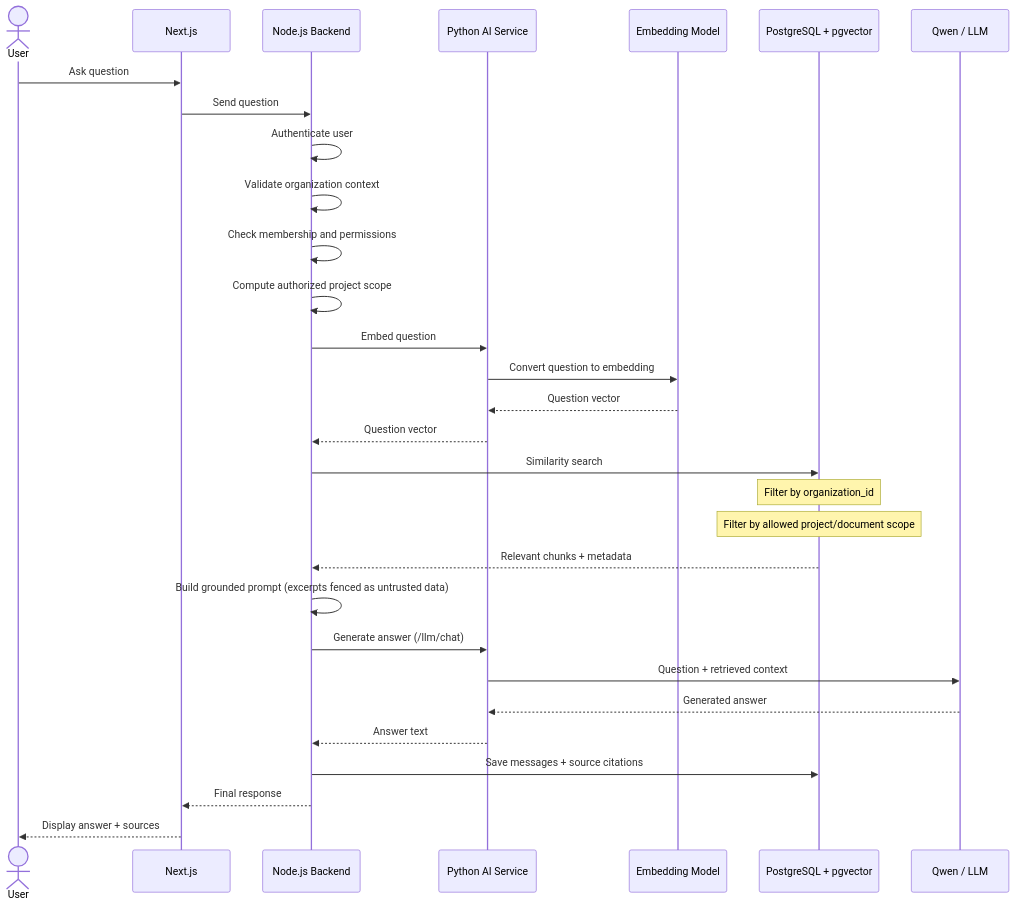
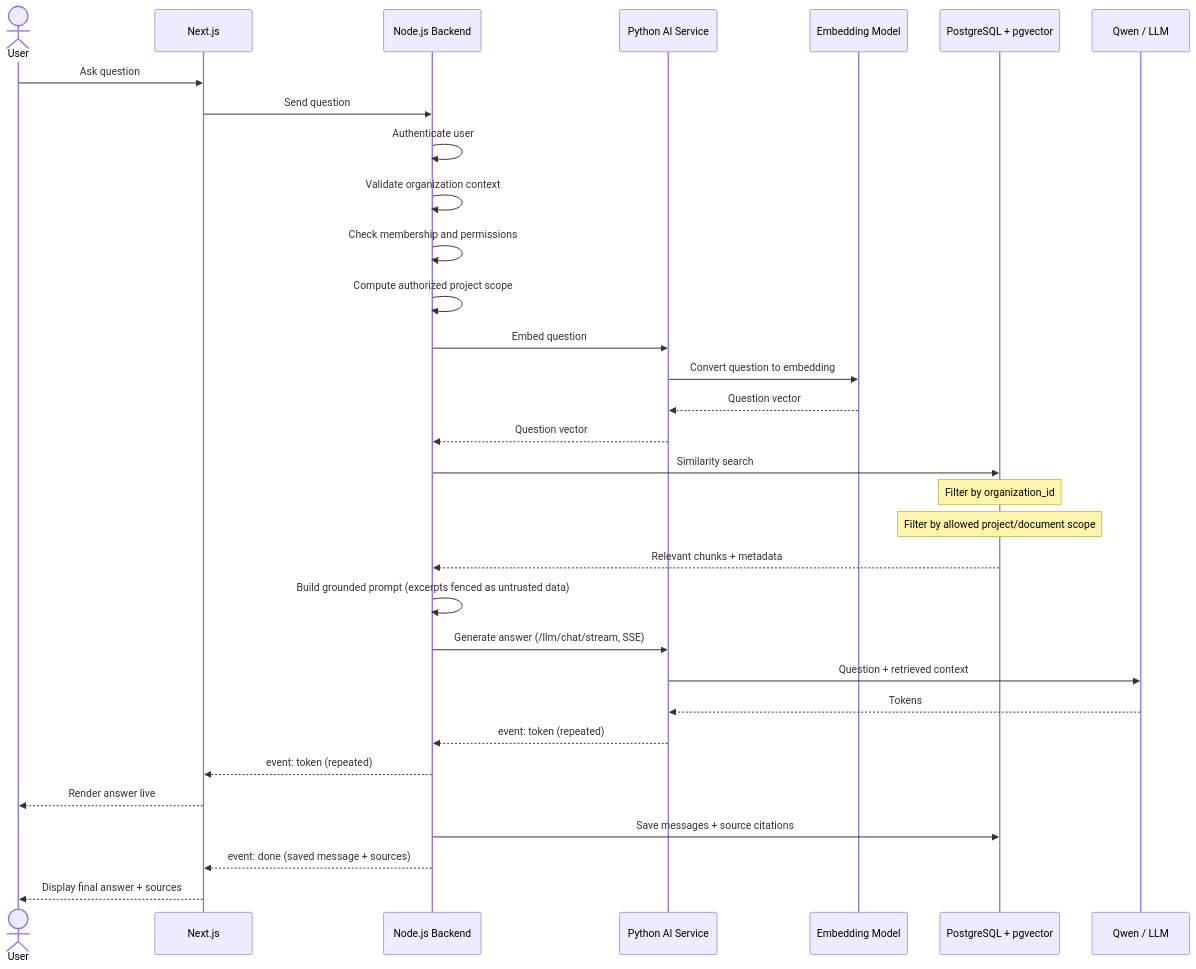
Before and after one commit to MohsinAli-2000/AI-Powered-Workspace: the third of 3 diagrams in docs/architecture/system-architecture.md, drawn with Mermaid. The commit also changed other lines of this file and 8 other files, not shown here.

````diff
--- a/docs/architecture/system-architecture.md
+++ b/docs/architecture/system-architecture.md
@@ -291,40 +291,42 @@
 ```mermaid
 sequenceDiagram
     actor User
     participant FE as Next.js
     participant API as Node.js Backend
     participant AI as Python AI Service
     participant Embed as Embedding Model
     participant DB as PostgreSQL + pgvector
     participant LLM as Qwen / LLM
 
     User->>FE: Ask question
     FE->>API: Send question
 
     API->>API: Authenticate user
     API->>API: Validate organization context
     API->>API: Check membership and permissions
 
     API->>API: Compute authorized project scope
 
     API->>AI: Embed question
     AI->>Embed: Convert question to embedding
     Embed-->>AI: Question vector
     AI-->>API: Question vector
 
     API->>DB: Similarity search
     Note over DB: Filter by organization_id
     Note over DB: Filter by allowed project/document scope
     DB-->>API: Relevant chunks + metadata
 
     API->>API: Build grounded prompt (excerpts fenced as untrusted data)
-    API->>AI: Generate answer (/llm/chat)
+    API->>AI: Generate answer (/llm/chat/stream, SSE)
     AI->>LLM: Question + retrieved context
-    LLM-->>AI: Generated answer
-    AI-->>API: Answer text
+    LLM-->>AI: Tokens
+    AI-->>API: event: token (repeated)
+    API-->>FE: event: token (repeated)
+    FE-->>User: Render answer live
 
     API->>DB: Save messages + source citations
 
-    API-->>FE: Final response
-    FE-->>User: Display answer + sources
+    API-->>FE: event: done (saved message + sources)
+    FE-->>User: Display final answer + sources
 ```
````
